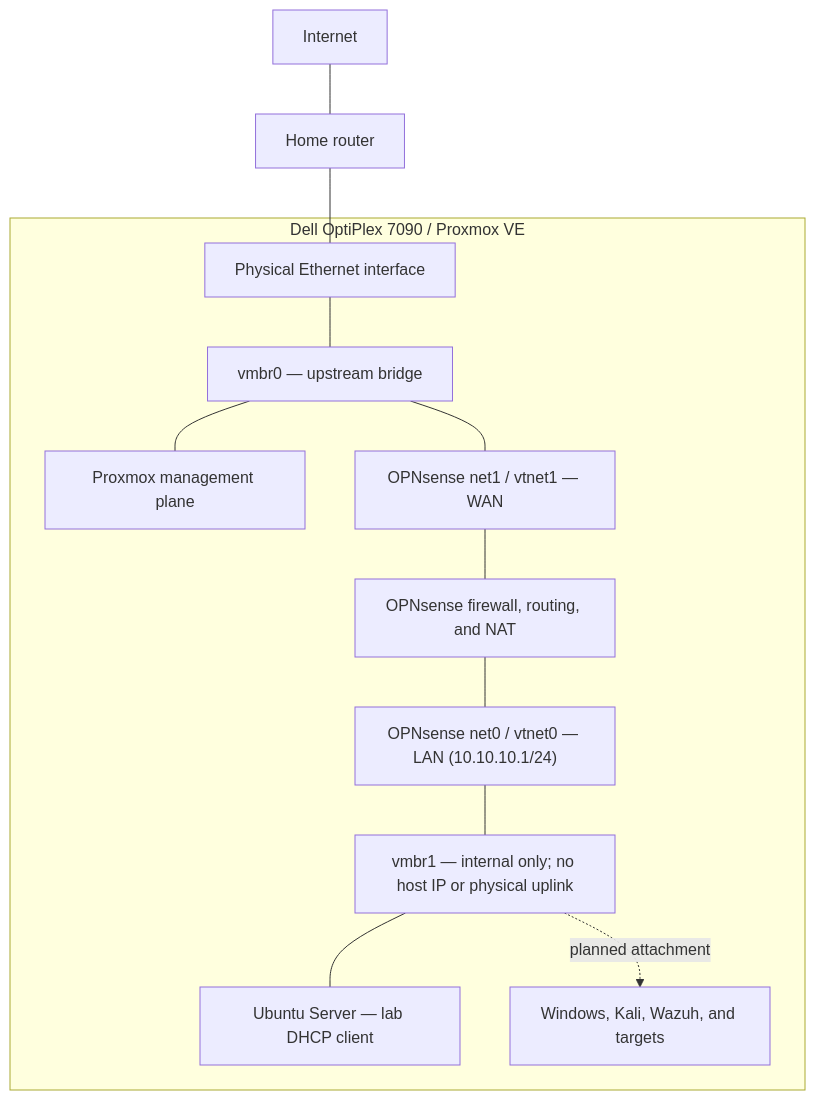
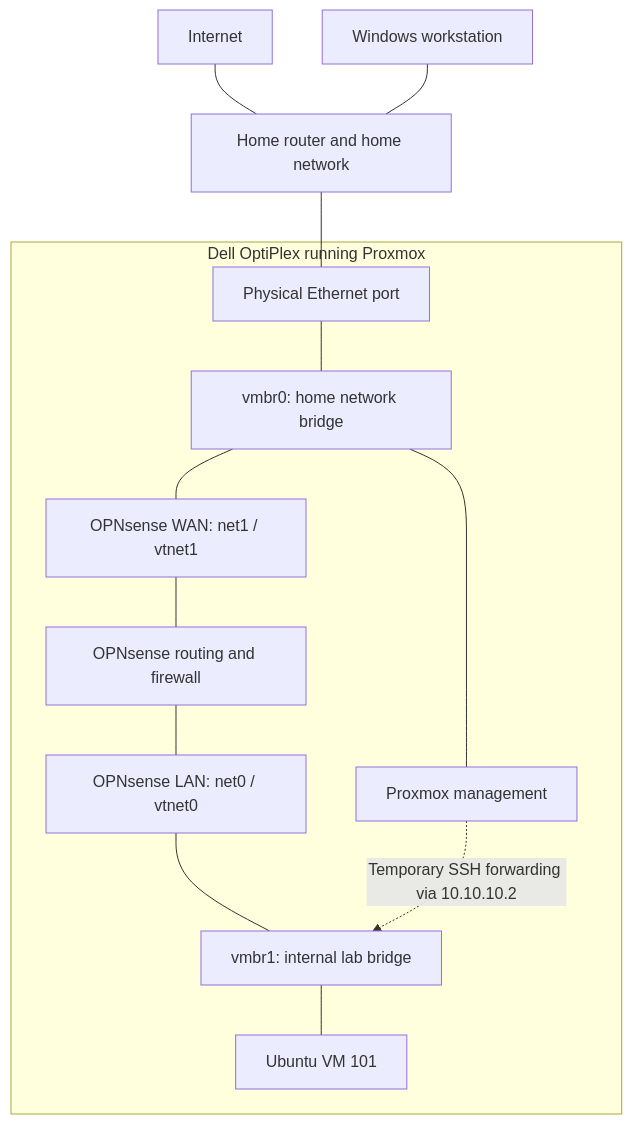
Before and after one commit to dalen-green/proxmox-cybersecurity-homelab: the diagram in docs/architecture.md, drawn with Mermaid. The commit also changed other lines of this file and 10 other files, not shown here.

````diff
--- a/docs/architecture.md
+++ b/docs/architecture.md
@@ -40,15 +30,16 @@
 ```mermaid
 flowchart TD
-    I["Internet"] --- R["Home router"]
-    subgraph H["Dell OptiPlex 7090 / Proxmox VE"]
-        N["Physical Ethernet interface"] --- B0["vmbr0 — upstream bridge"]
-        B0 --- P["Proxmox management plane"]
-        B0 --- W["OPNsense net1 / vtnet1 — WAN"]
-        W --- F["OPNsense firewall, routing, and NAT"]
-        F --- L["OPNsense net0 / vtnet0 — LAN (10.10.10.1/24)"]
-        L --- B1["vmbr1 — internal only; no host IP or physical uplink"]
-        B1 --- U["Ubuntu Server — lab DHCP client"]
-        B1 -. "planned attachment" .-> X["Windows, Kali, Wazuh, and targets"]
+    I["Internet"] --- R["Home router and home network"]
+    A["Windows workstation"] --- R
+    subgraph H["Dell OptiPlex running Proxmox"]
+        N["Physical Ethernet port"] --- B0["vmbr0: home network bridge"]
+        B0 --- P["Proxmox management"]
+        B0 --- W["OPNsense WAN: net1 / vtnet1"]
+        W --- F["OPNsense routing and firewall"]
+        F --- L["OPNsense LAN: net0 / vtnet0"]
+        L --- B1["vmbr1: internal lab bridge"]
+        B1 --- U["Ubuntu VM 101"]
     end
     R --- N
+    P -. "Temporary SSH forwarding via 10.10.10.2" .-> B1
 ```
````
